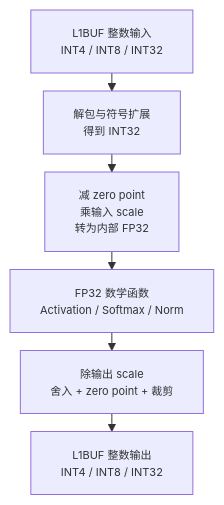
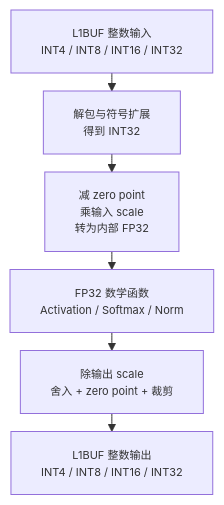
Before and after one commit to Little-W/Obsidian: the first of 17 diagrams in NPU/NPU 指令与硬件架构设计 Spec.md, drawn with Mermaid. The commit also changed other lines of this file and 134 other files, not shown here.

````diff
--- a/NPU/NPU 指令与硬件架构设计 Spec.md
+++ b/NPU/NPU 指令与硬件架构设计 Spec.md
@@ -211,12 +228,12 @@
 ```mermaid
 %%{init: {"flowchart": {"useMaxWidth": true, "nodeSpacing": 12, "rankSpacing": 18}, "themeVariables": {"fontSize": "11px"}}}%%
 flowchart TB
-    I["L1BUF 整数输入<br/>INT4 / INT8 / INT32"]
-    EXT["解包与符号扩展<br/>得到 INT32"]
+    I["L1BUF 整数输入<br/>INT4 / INT8 / INT16 / INT32"]
+    UNPACK["解包与符号扩展<br/>得到 INT32"]
     I2F["减 zero point<br/>乘输入 scale<br/>转为内部 FP32"]
     FUNC["FP32 数学函数<br/>Activation / Softmax / Norm"]
     F2I["除输出 scale<br/>舍入 + zero point + 裁剪"]
-    O["L1BUF 整数输出<br/>INT4 / INT8 / INT32"]
+    O["L1BUF 整数输出<br/>INT4 / INT8 / INT16 / INT32"]
 
-    I --> EXT --> I2F --> FUNC --> F2I --> O
+    I --> UNPACK --> I2F --> FUNC --> F2I --> O
 ```
````
